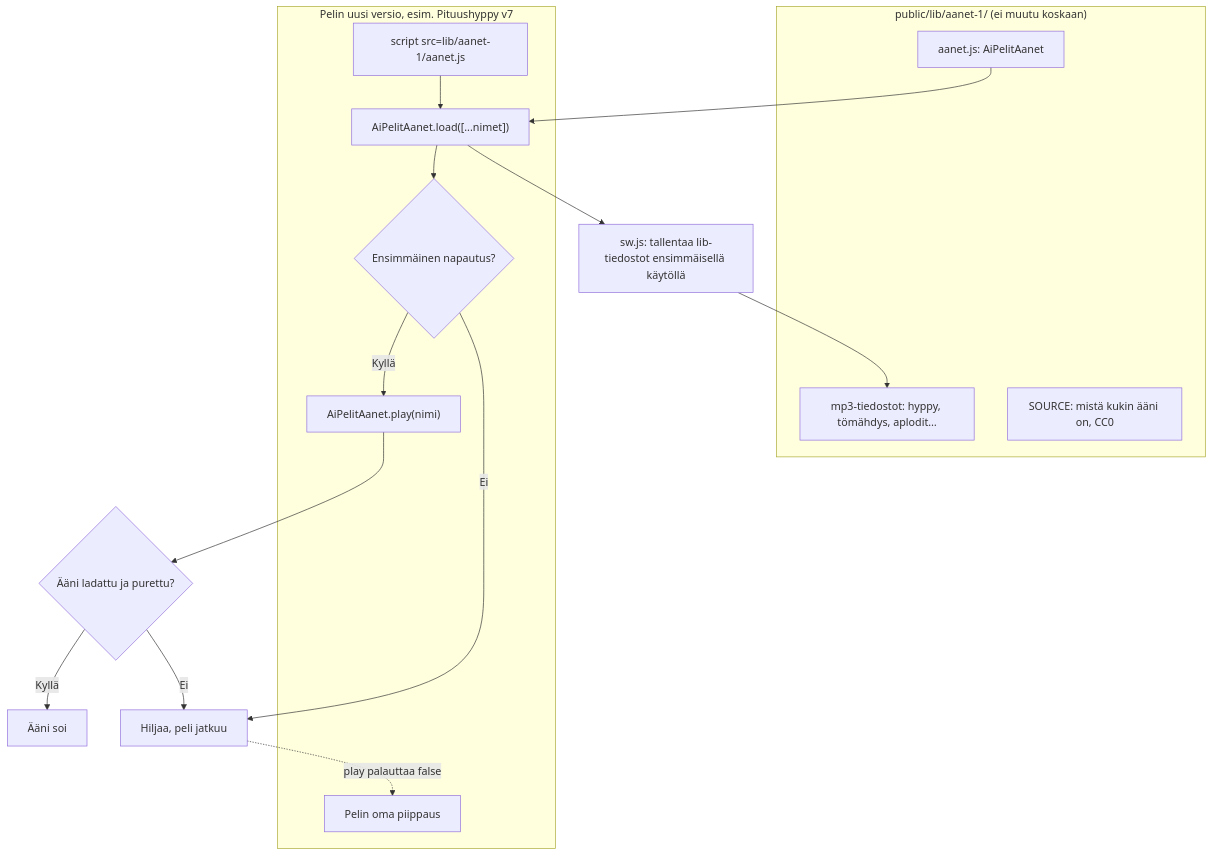
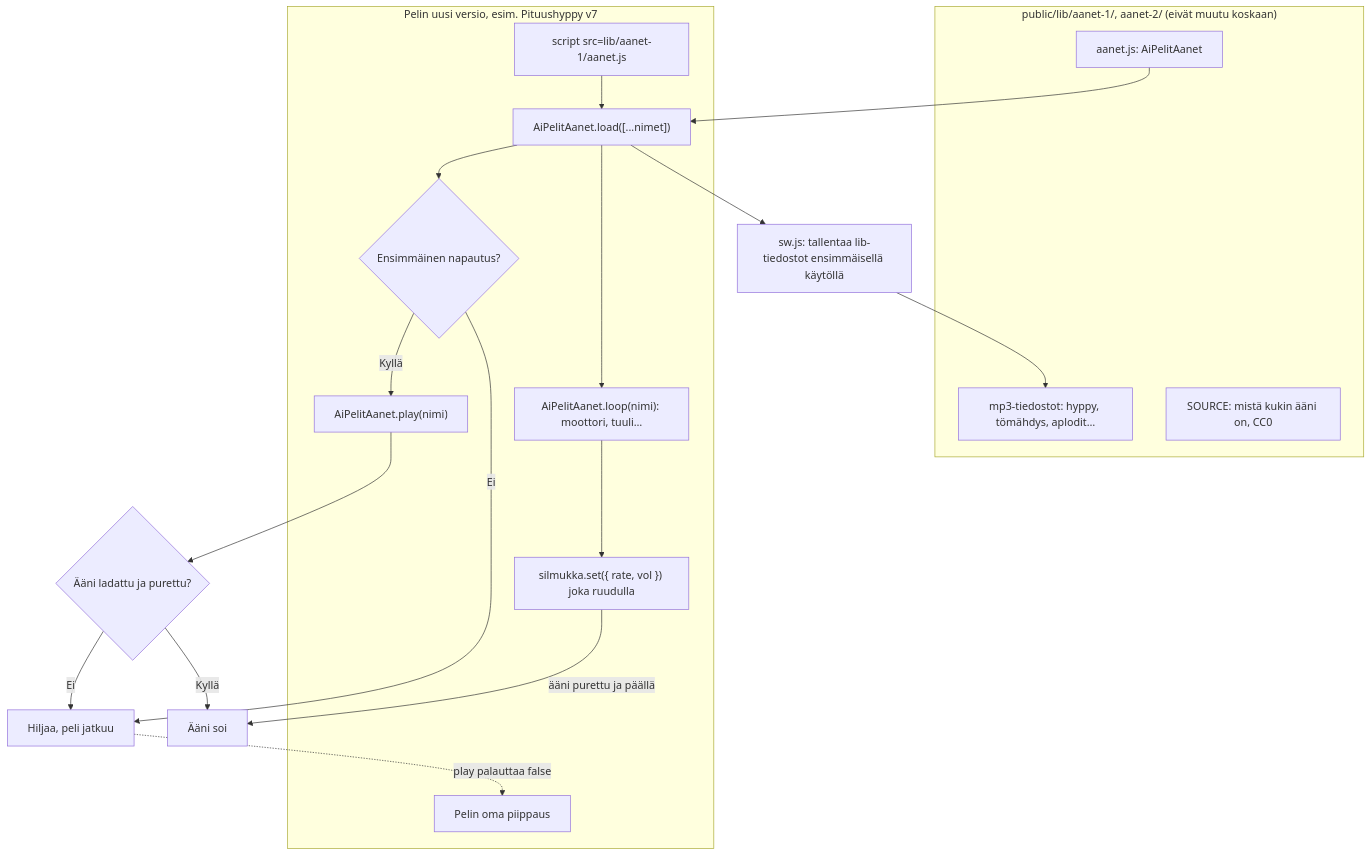
One commit to eerovil/ai-pelit changed the diagram in docs/diagrams/aanikirjasto.md. Above: the diagram before and after it, drawn with Mermaid. The commit also changed other lines of this file and 76 other files, not shown here.

````diff
--- a/docs/diagrams/aanikirjasto.md
+++ b/docs/diagrams/aanikirjasto.md
@@ -7,32 +7,36 @@
 ```mermaid
 flowchart TD
-  subgraph Kirjasto["public/lib/aanet-1/ (ei muutu koskaan)"]
+  subgraph Kirjasto["public/lib/aanet-1/, aanet-2/ (eivät muutu koskaan)"]
     files["mp3-tiedostot: hyppy, tömähdys, aplodit…"]
     lista["SOURCE: mistä kukin ääni on, CC0"]
     js["aanet.js: AiPelitAanet"]
   end
   subgraph Peli["Pelin uusi versio, esim. Pituushyppy v7"]
     tag["script src=lib/aanet-1/aanet.js"]
     load["AiPelitAanet.load([...nimet])"]
     tap{"Ensimmäinen napautus?"}
     play["AiPelitAanet.play(nimi)"]
+    loop["AiPelitAanet.loop(nimi): moottori, tuuli…"]
+    set["silmukka.set({ rate, vol }) joka ruudulla"]
     beep["Pelin oma piippaus"]
   end
   sw["sw.js: tallentaa lib-tiedostot ensimmäisellä käytöllä"]
   ok{"Ääni ladattu ja purettu?"}
   soi["Ääni soi"]
   hiljaa["Hiljaa, peli jatkuu"]
   tag --> load --> tap
   tap -- Kyllä --> play --> ok
   tap -- Ei --> hiljaa
   ok -- Kyllä --> soi
   ok -- Ei --> hiljaa
+  load --> loop --> set
+  set -- ääni purettu ja päällä --> soi
   hiljaa -. play palauttaa false .-> beep
   load --> sw --> files
   js --> load
   class files,lista,js teal
-  class tag,load,play blue
+  class tag,load,play,loop,set blue
   class tap,ok amber
   class sw violet
   class soi,hiljaa,beep green
 ```
````
